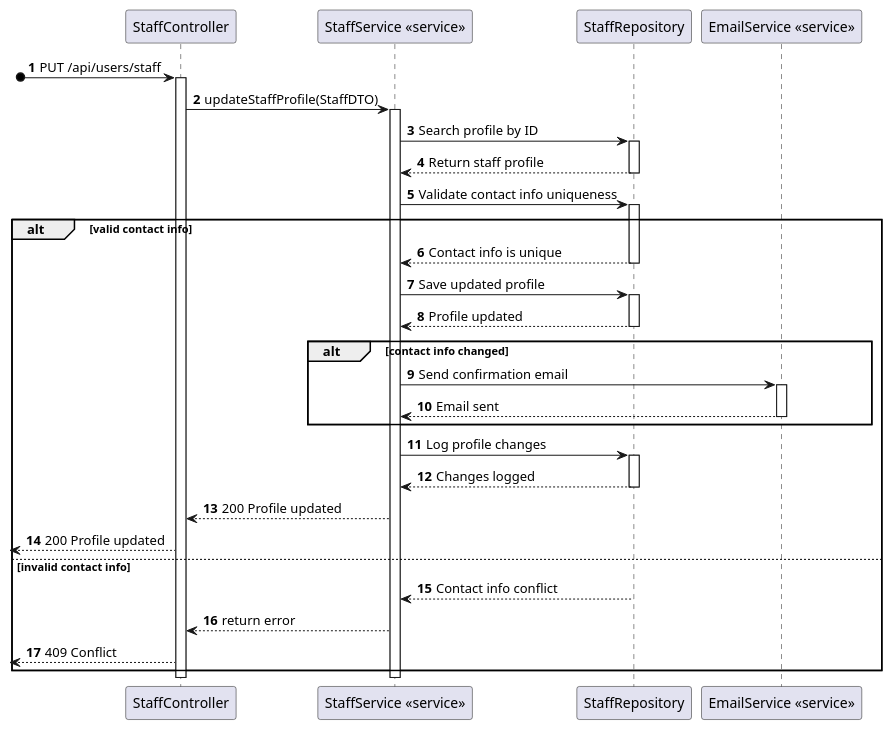
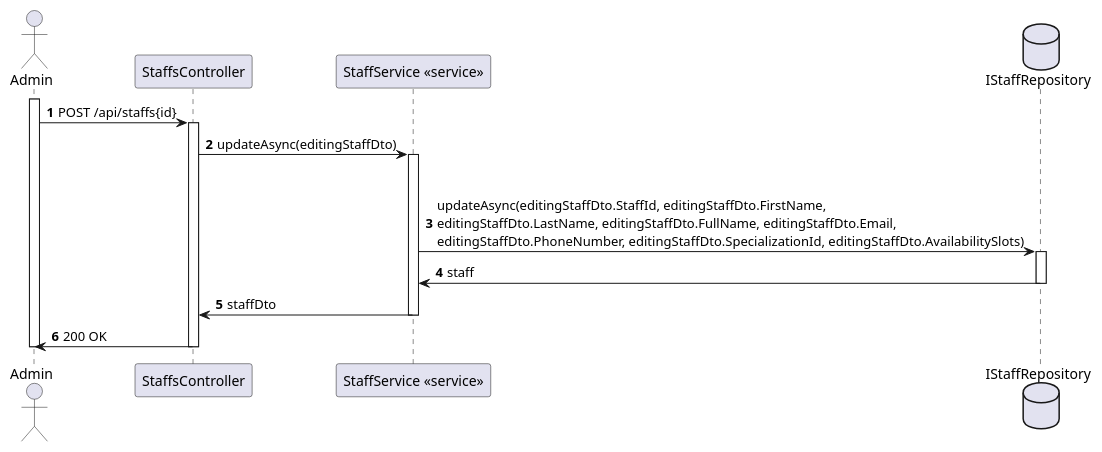
The diagram in docs/StaffProfileUpdate/views/level3/process-view2.puml (Lapr5G21/sem5pi-24-25-3ddg21), drawn with PlantUML before and after one commit. The commit also changed 7 other files, not shown here.

Commit message:
Edit Staff Diagrams #13

```diff
--- a/docs/StaffProfileUpdate/views/level3/process-view2.puml
+++ b/docs/StaffProfileUpdate/views/level3/process-view2.puml
@@ -1,53 +1,40 @@
-@startuml
+@startuml 
 autonumber
-participant CTRL as "StaffController"
+actor Admin as "Admin"
+participant CTRL as "StaffsController"
 participant SERVICE as "StaffService <<service>>"
-participant STAFFREPO as "StaffRepository"
-participant EmailService as "EmailService <<service>>"
 
-?o-> CTRL : PUT /api/users/staff
+database IStaffRepository as "IStaffRepository"
+
+
+activate Admin
+
+Admin -> CTRL : POST /api/staffs{id}
 activate CTRL
 
-CTRL -> SERVICE : updateStaffProfile(StaffDTO)
+CTRL -> SERVICE : updateAsync(editingStaffDto)
 activate SERVICE
 
-SERVICE -> STAFFREPO : Search profile by ID
-activate STAFFREPO
-STAFFREPO --> SERVICE : Return staff profile
-deactivate STAFFREPO
 
-SERVICE -> STAFFREPO : Validate contact info uniqueness
-activate STAFFREPO
-alt valid contact info
-    STAFFREPO --> SERVICE : Contact info is unique
-    deactivate STAFFREPO
 
-    SERVICE -> STAFFREPO : Save updated profile
-    activate STAFFREPO
-    STAFFREPO --> SERVICE : Profile updated
-    deactivate STAFFREPO
+deactivate IStaffRepository
 
-    alt contact info changed
-        SERVICE -> EmailService : Send confirmation email
-        activate EmailService
-        EmailService --> SERVICE : Email sent
-        deactivate EmailService
-    end
+SERVICE -> IStaffRepository : updateAsync(editingStaffDto.StaffId, editingStaffDto.FirstName, \neditingStaffDto.LastName, editingStaffDto.FullName, editingStaffDto.Email, \neditingStaffDto.PhoneNumber, editingStaffDto.SpecializationId, editingStaffDto.AvailabilitySlots)
 
-    SERVICE -> STAFFREPO : Log profile changes
-    activate STAFFREPO
-    STAFFREPO --> SERVICE : Changes logged
-    deactivate STAFFREPO
+activate IStaffRepository
 
-    SERVICE --> CTRL : 200 Profile updated
-    <-- CTRL : 200 Profile updated
-else invalid contact info
-    STAFFREPO --> SERVICE : Contact info conflict
-    deactivate STAFFREPO
-    SERVICE --> CTRL : return error
-    <-- CTRL : 409 Conflict
-end
+IStaffRepository -> SERVICE : staff
 
-deactivate SERVICE
-deactivate CTRL
+deactivate IStaffRepository
+
+
+SERVICE -> CTRL : staffDto
+
+deactivate SERVICE 
+
+CTRL -> Admin : 200 OK
+
+deactivate CTRL 
+
+deactivate Admin
 @enduml
```
